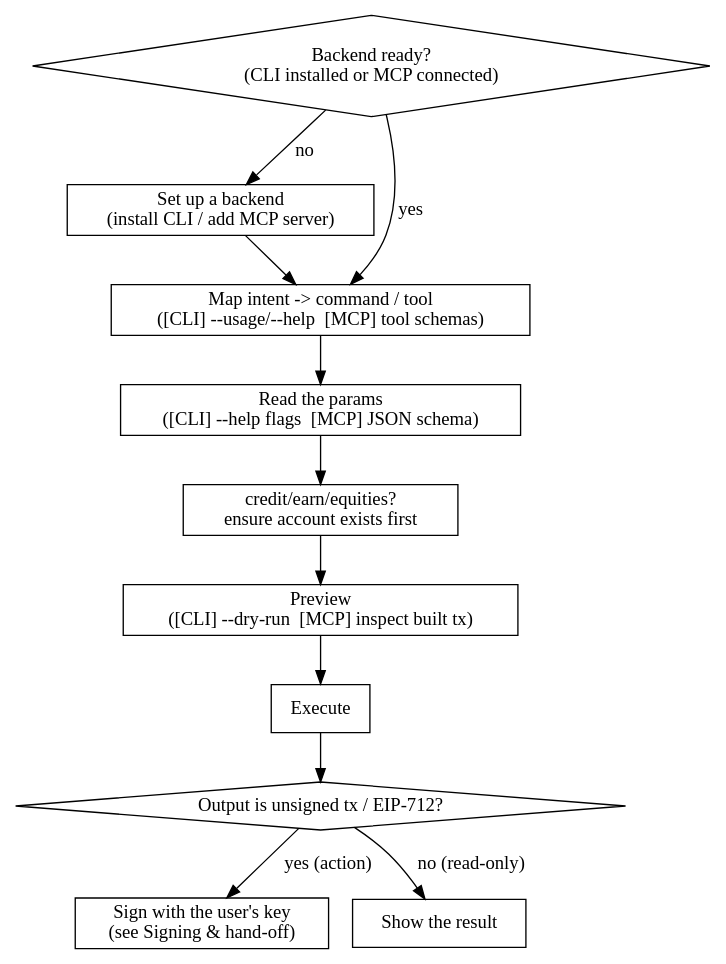
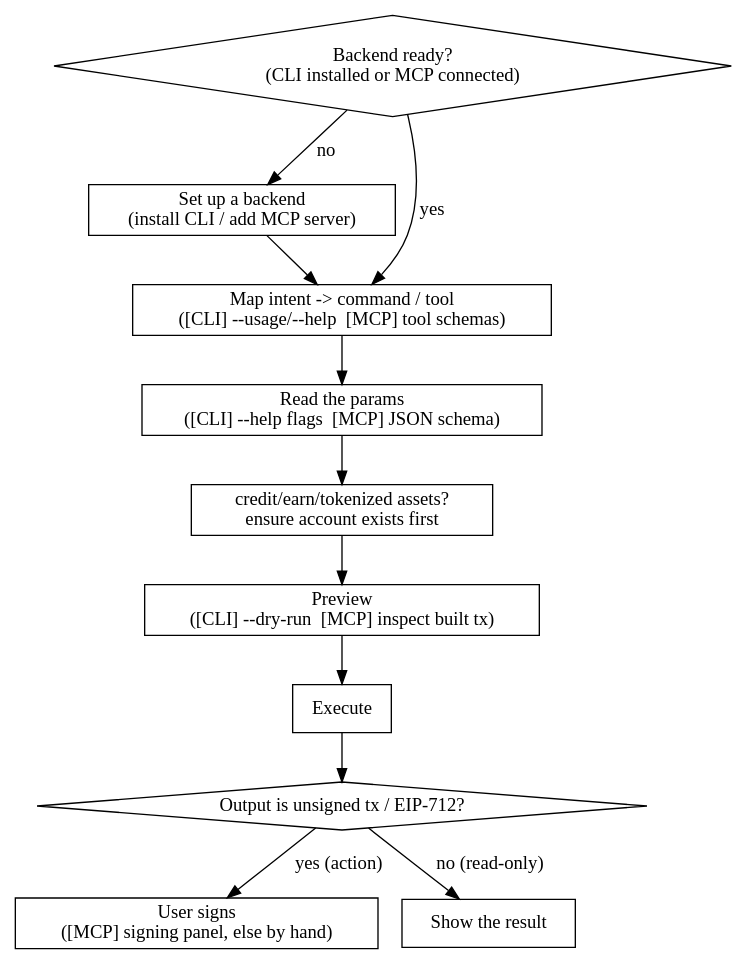
One commit to CompassLabs/compass-agent-skill changed the diagram in GEMINI.md. Above: the diagram before and after it, drawn with Graphviz. The commit also changed other lines of this file and 13 other files, not shown here.

````diff
--- a/GEMINI.md
+++ b/GEMINI.md
@@ -28,25 +28,25 @@
 ```dot
 digraph compass_flow {
     "Backend ready?\n(CLI installed or MCP connected)" [shape=diamond];
     "Set up a backend\n(install CLI / add MCP server)" [shape=box];
     "Map intent -> command / tool\n([CLI] --usage/--help  [MCP] tool schemas)" [shape=box];
     "Read the params\n([CLI] --help flags  [MCP] JSON schema)" [shape=box];
-    "credit/earn/equities?\nensure account exists first" [shape=box];
+    "credit/earn/tokenized assets?\nensure account exists first" [shape=box];
     "Preview\n([CLI] --dry-run  [MCP] inspect built tx)" [shape=box];
     "Execute" [shape=box];
     "Output is unsigned tx / EIP-712?" [shape=diamond];
-    "Sign with the user's key\n(see Signing & hand-off)" [shape=box];
+    "User signs\n([MCP] signing panel, else by hand)" [shape=box];
     "Show the result" [shape=box];
 
     "Backend ready?\n(CLI installed or MCP connected)" -> "Set up a backend\n(install CLI / add MCP server)" [label="no"];
     "Backend ready?\n(CLI installed or MCP connected)" -> "Map intent -> command / tool\n([CLI] --usage/--help  [MCP] tool schemas)" [label="yes"];
     "Set up a backend\n(install CLI / add MCP server)" -> "Map intent -> command / tool\n([CLI] --usage/--help  [MCP] tool schemas)";
     "Map intent -> command / tool\n([CLI] --usage/--help  [MCP] tool schemas)" -> "Read the params\n([CLI] --help flags  [MCP] JSON schema)";
-    "Read the params\n([CLI] --help flags  [MCP] JSON schema)" -> "credit/earn/equities?\nensure account exists first";
-    "credit/earn/equities?\nensure account exists first" -> "Preview\n([CLI] --dry-run  [MCP] inspect built tx)";
+    "Read the params\n([CLI] --help flags  [MCP] JSON schema)" -> "credit/earn/tokenized assets?\nensure account exists first";
+    "credit/earn/tokenized assets?\nensure account exists first" -> "Preview\n([CLI] --dry-run  [MCP] inspect built tx)";
     "Preview\n([CLI] --dry-run  [MCP] inspect built tx)" -> "Execute";
     "Execute" -> "Output is unsigned tx / EIP-712?";
-    "Output is unsigned tx / EIP-712?" -> "Sign with the user's key\n(see Signing & hand-off)" [label="yes (action)"];
+    "Output is unsigned tx / EIP-712?" -> "User signs\n([MCP] signing panel, else by hand)" [label="yes (action)"];
     "Output is unsigned tx / EIP-712?" -> "Show the result" [label="no (read-only)"];
 }
 ```
````
